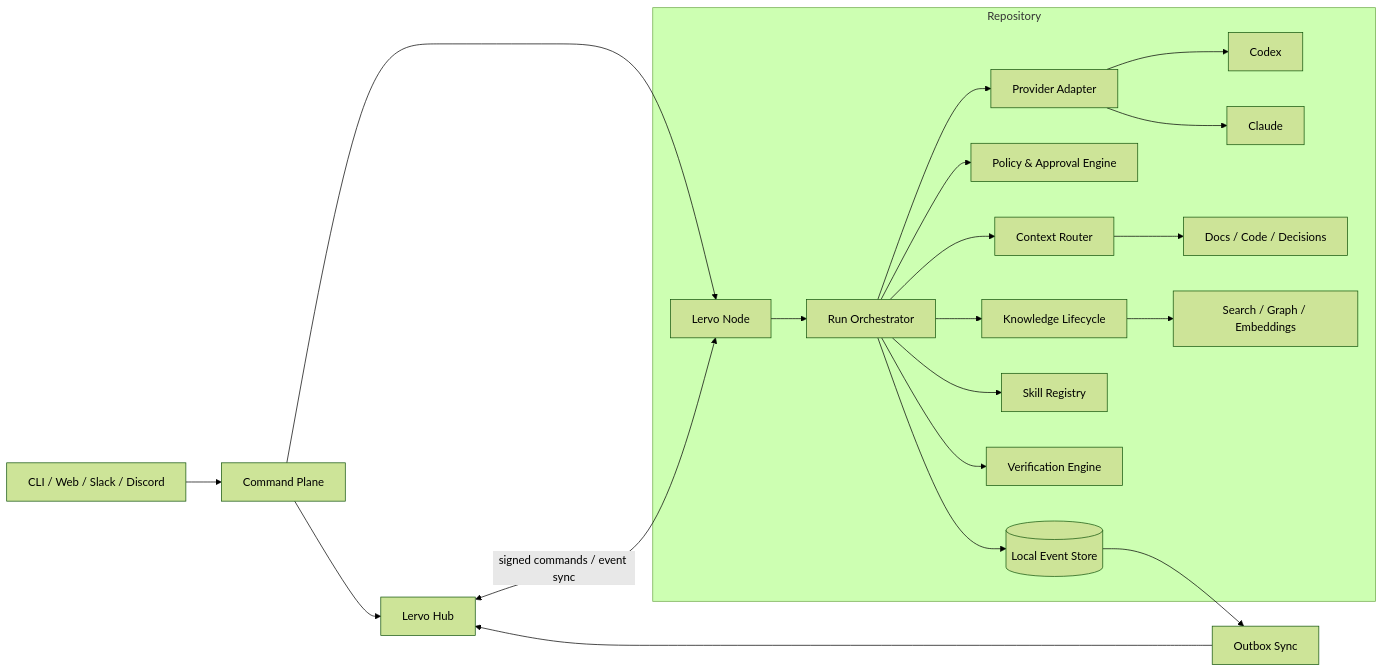
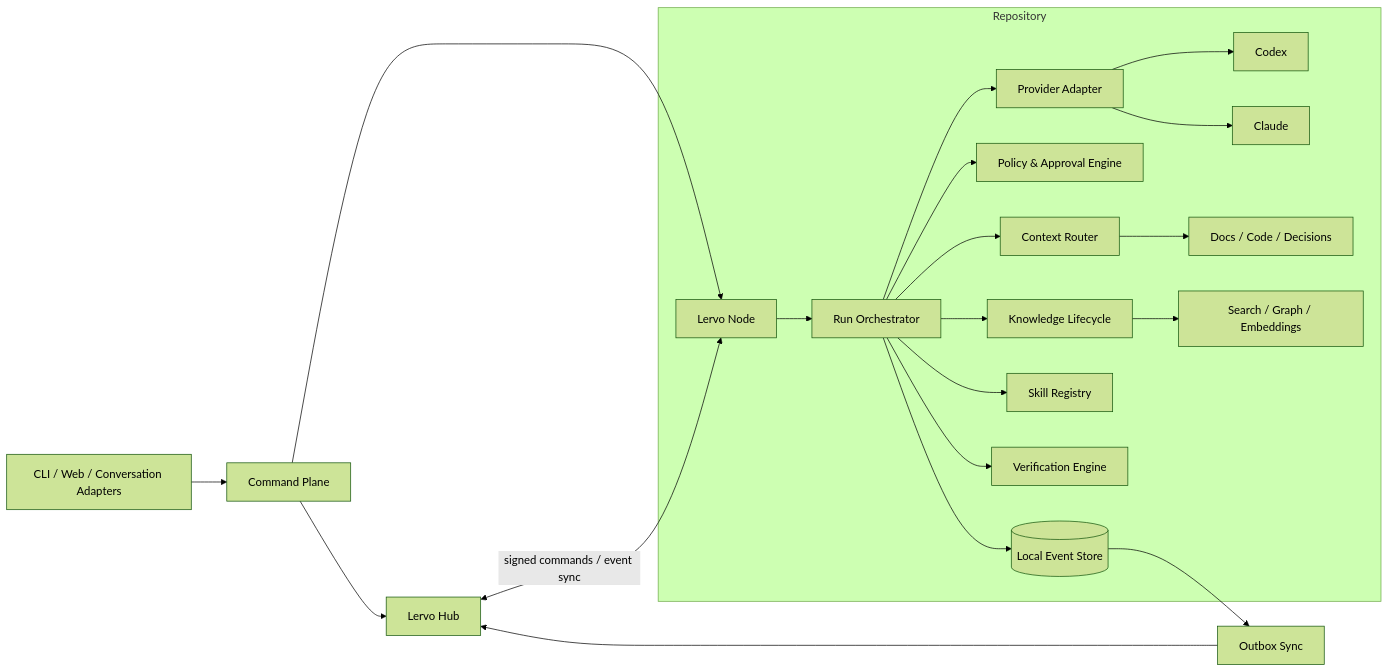
Before and after one commit to kimjh96/lervo: the first of 2 diagrams in LERVO_ARCHITECTURE.md, drawn with Mermaid (forest theme). The commit also changed other lines of this file and 55 other files, not shown here.

````diff
--- a/LERVO_ARCHITECTURE.md
+++ b/LERVO_ARCHITECTURE.md
@@ -8,25 +8,25 @@
 ```mermaid
 flowchart LR
-    UI[CLI / Web / Slack / Discord] --> CP[Command Plane]
+    UI[CLI / Web / Conversation Adapters] --> CP[Command Plane]
     CP --> HUB[Lervo Hub]
     CP --> NODE[Lervo Node]
     HUB <-->|signed commands / event sync| NODE
 
     subgraph Repository
       NODE --> ORCH[Run Orchestrator]
       ORCH --> ROUTER[Context Router]
       ORCH --> POLICY[Policy & Approval Engine]
       ORCH --> ADAPTER[Provider Adapter]
       ADAPTER --> CODEX[Codex]
       ADAPTER --> CLAUDE[Claude]
       ORCH --> KNOW[Knowledge Lifecycle]
       ORCH --> SKILL[Skill Registry]
       ORCH --> VERIFY[Verification Engine]
       ORCH --> EVENT[(Local Event Store)]
       ROUTER --> DOCS[Docs / Code / Decisions]
       KNOW --> INDEX[Search / Graph / Embeddings]
     end
 
     EVENT --> SYNC[Outbox Sync]
     SYNC --> HUB
 ```
````
